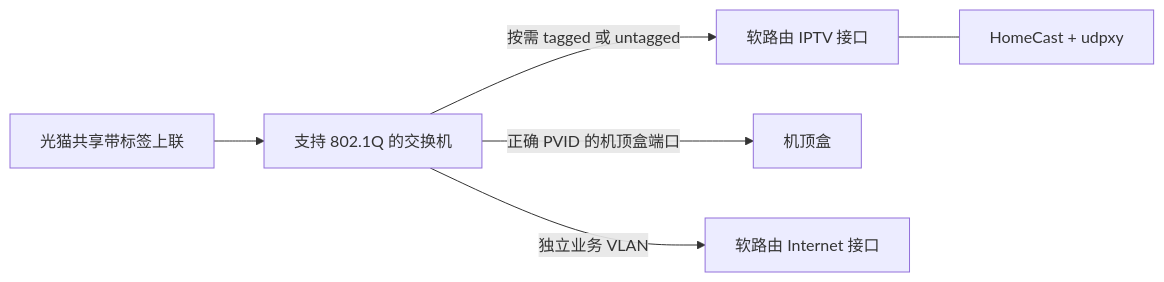
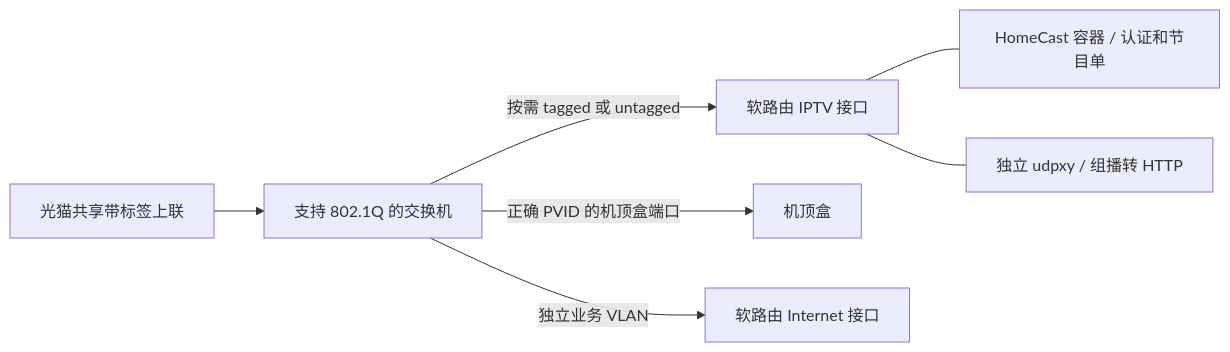
Before and after one commit to holyful/shanghai-telecom-iptv: the second of 2 diagrams in docs/network.md, drawn with Mermaid. The commit also changed other lines of this file and 30 other files, not shown here.

````diff
--- a/docs/network.md
+++ b/docs/network.md
@@ -19,8 +22,9 @@
 ```mermaid
 flowchart LR
   ONT[光猫共享带标签上联] --> SW[支持 802.1Q 的交换机]
   SW -->|按需 tagged 或 untagged| IPTV[软路由 IPTV 接口]
   SW -->|正确 PVID 的机顶盒端口| STB[机顶盒]
   SW -->|独立业务 VLAN| WAN[软路由 Internet 接口]
-  IPTV --- APP[HomeCast + udpxy]
+  IPTV --- APP[HomeCast 容器 / 认证和节目单]
+  IPTV --- UDP[独立 udpxy / 组播转 HTTP]
 ```
````
